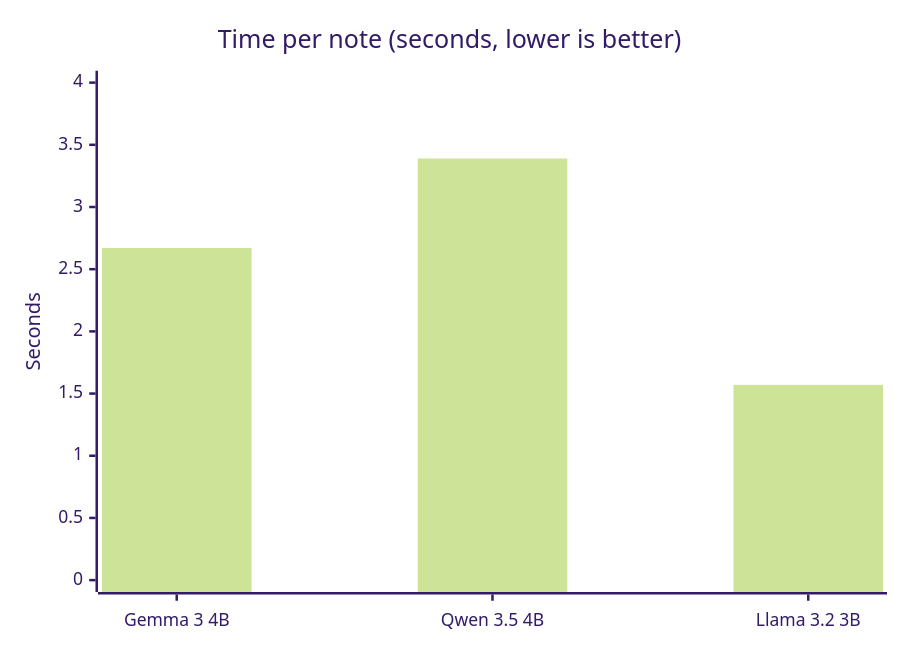
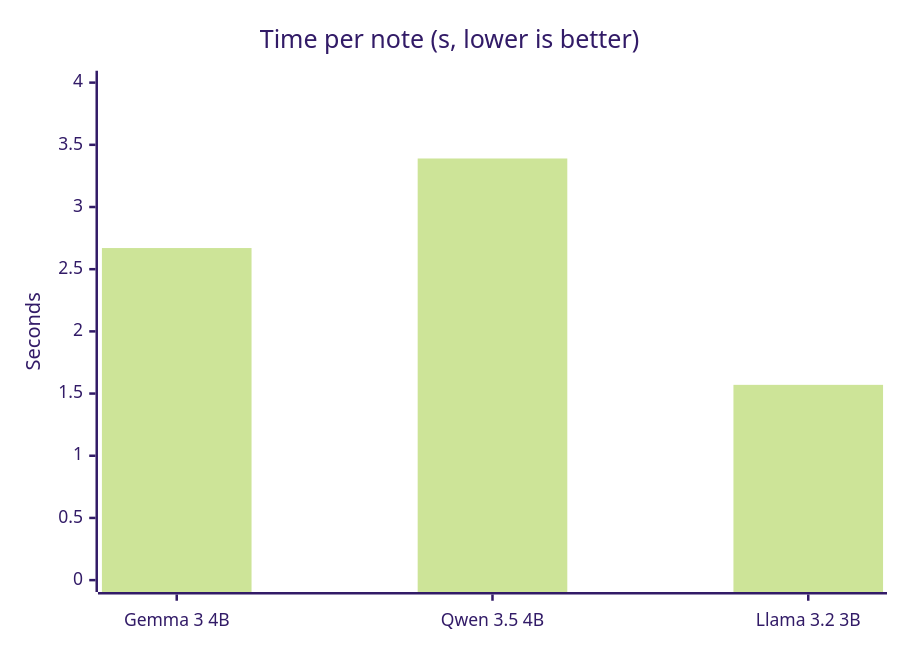
One commit to gouravk001/YapIt changed the fourth of 5 diagrams in README.md. Above: the diagram before and after it, drawn with Mermaid (forest theme). The commit also changed other lines of this file and 2 other files, not shown here.

````diff
--- a/README.md
+++ b/README.md
@@ -149,7 +146,7 @@
 ```mermaid
 xychart-beta
-    title "Time per note (seconds, lower is better)"
+    title "Time per note (s, lower is better)"
     x-axis ["Gemma 3 4B", "Qwen 3.5 4B", "Llama 3.2 3B"]
     y-axis "Seconds" 0 --> 4
     bar [2.67, 3.39, 1.57]
 ```
````
